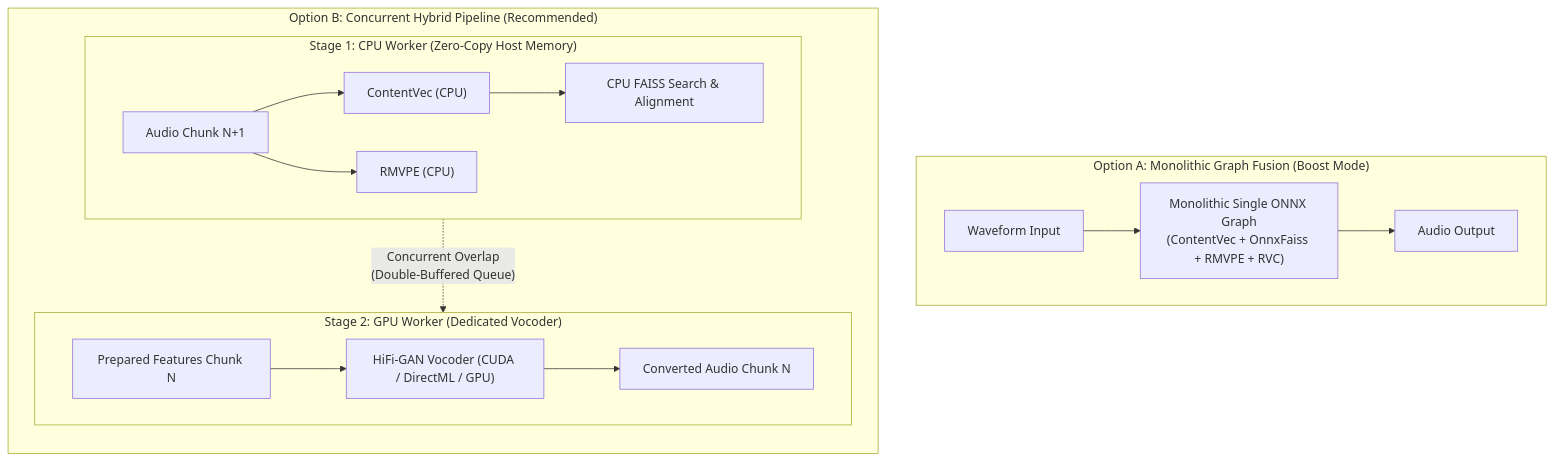
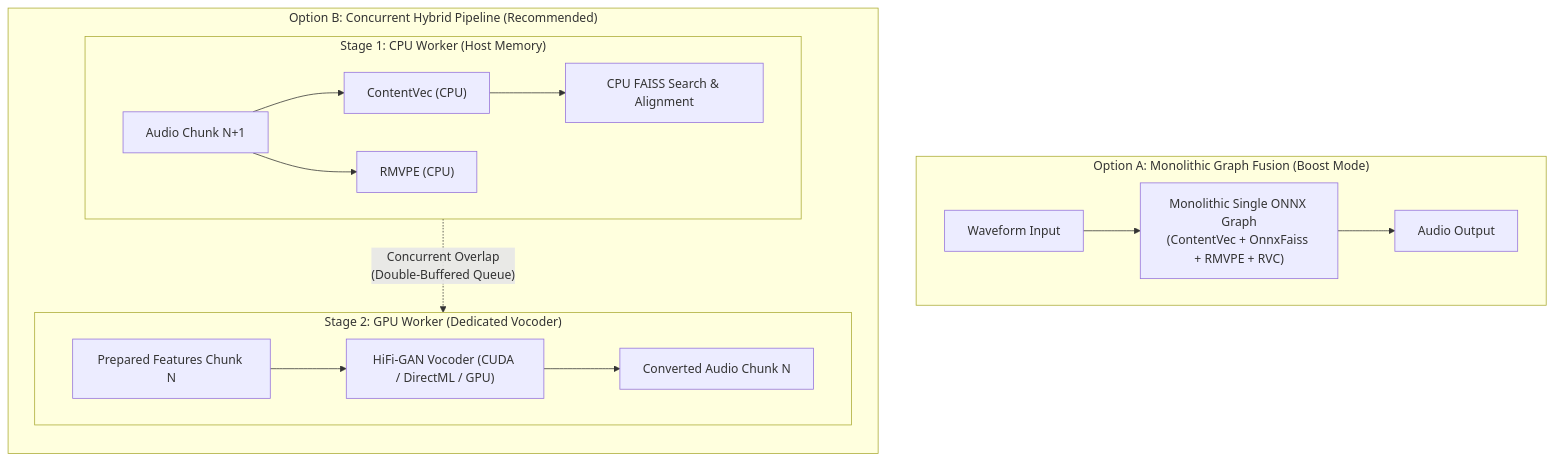
The diagram in okf/hybrid-cpu-gpu-pipeline-architecture.md (Maki-Daisuke/vcclient-forge), drawn with Mermaid before and after one commit. The commit also changed other lines of this file and 13 other files, not shown here.

````diff
--- a/okf/hybrid-cpu-gpu-pipeline-architecture.md
+++ b/okf/hybrid-cpu-gpu-pipeline-architecture.md
@@ -114,21 +114,21 @@
 ```mermaid
 flowchart TD
     subgraph Monolithic["Option A: Monolithic Graph Fusion (Boost Mode)"]
         M1["Waveform Input"] --> M2["Monolithic Single ONNX Graph<br/>(ContentVec + OnnxFaiss + RMVPE + RVC)"]
         M2 --> M3["Audio Output"]
     end
 
     subgraph Hybrid["Option B: Concurrent Hybrid Pipeline (Recommended)"]
         direction TB
-        subgraph CPU_Stage["Stage 1: CPU Worker (Zero-Copy Host Memory)"]
+        subgraph CPU_Stage["Stage 1: CPU Worker (Host Memory)"]
             C1["Audio Chunk N+1"] --> C2["ContentVec (CPU)"]
             C1 --> C3["RMVPE (CPU)"]
             C2 --> C4["CPU FAISS Search & Alignment"]
         end
         subgraph GPU_Stage["Stage 2: GPU Worker (Dedicated Vocoder)"]
             G1["Prepared Features Chunk N"] --> G2["HiFi-GAN Vocoder (CUDA / DirectML / GPU)"]
             G2 --> G3["Converted Audio Chunk N"]
         end
         CPU_Stage -.->|"Concurrent Overlap<br/>(Double-Buffered Queue)"| GPU_Stage
     end
 ```
````
